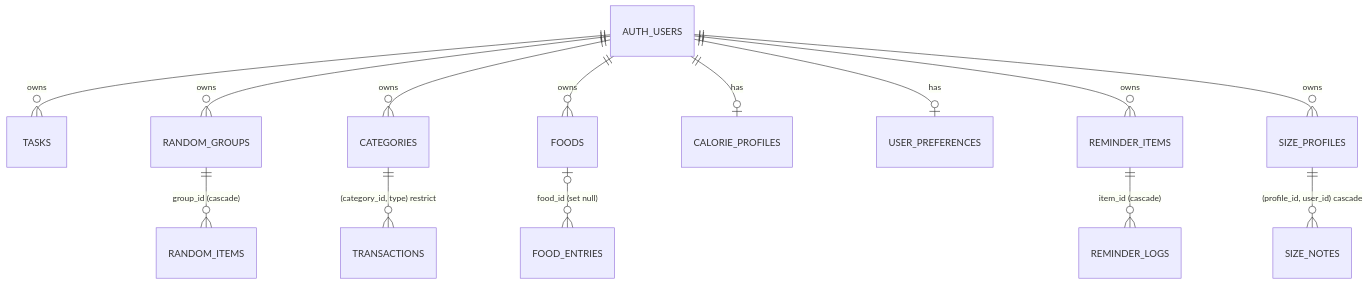
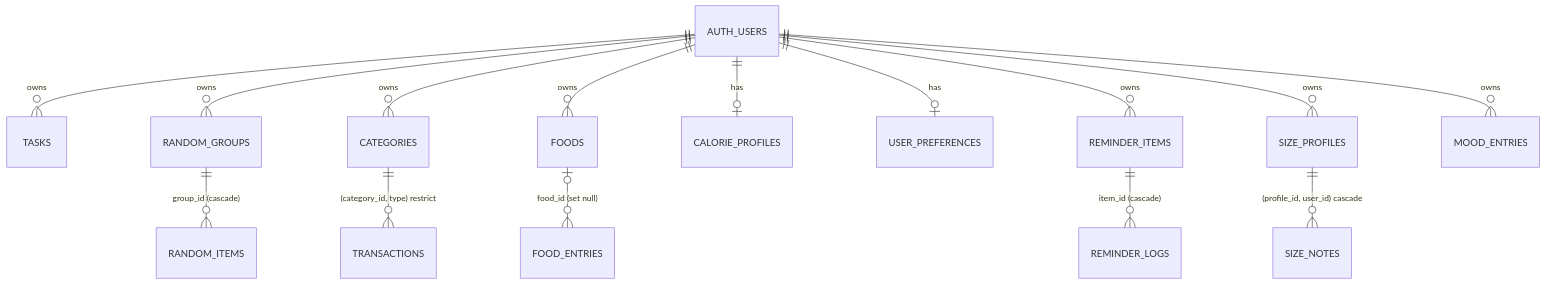
One commit to Paktakraw/cekha-dairy-tools changed the fourth of 14 diagrams in docs/spec/system-design.md. Above: the diagram before and after it, drawn with Mermaid. The commit also changed other lines of this file and 32 other files, not shown here.

````diff
--- a/docs/spec/system-design.md
+++ b/docs/spec/system-design.md
@@ -148,17 +149,18 @@
 ```mermaid
 erDiagram
   AUTH_USERS ||--o{ TASKS : owns
   AUTH_USERS ||--o{ RANDOM_GROUPS : owns
   AUTH_USERS ||--o{ CATEGORIES : owns
   AUTH_USERS ||--o{ FOODS : owns
   AUTH_USERS ||--o| CALORIE_PROFILES : has
   AUTH_USERS ||--o| USER_PREFERENCES : has
   AUTH_USERS ||--o{ REMINDER_ITEMS : owns
   AUTH_USERS ||--o{ SIZE_PROFILES : owns
+  AUTH_USERS ||--o{ MOOD_ENTRIES : owns
 
   RANDOM_GROUPS ||--o{ RANDOM_ITEMS : "group_id (cascade)"
   CATEGORIES ||--o{ TRANSACTIONS : "(category_id, type) restrict"
   FOODS |o--o{ FOOD_ENTRIES : "food_id (set null)"
   REMINDER_ITEMS ||--o{ REMINDER_LOGS : "item_id (cascade)"
   SIZE_PROFILES ||--o{ SIZE_NOTES : "(profile_id, user_id) cascade"
 ```
````
